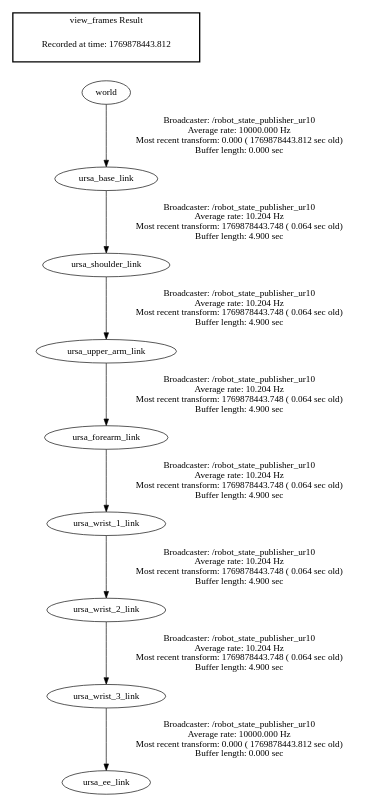
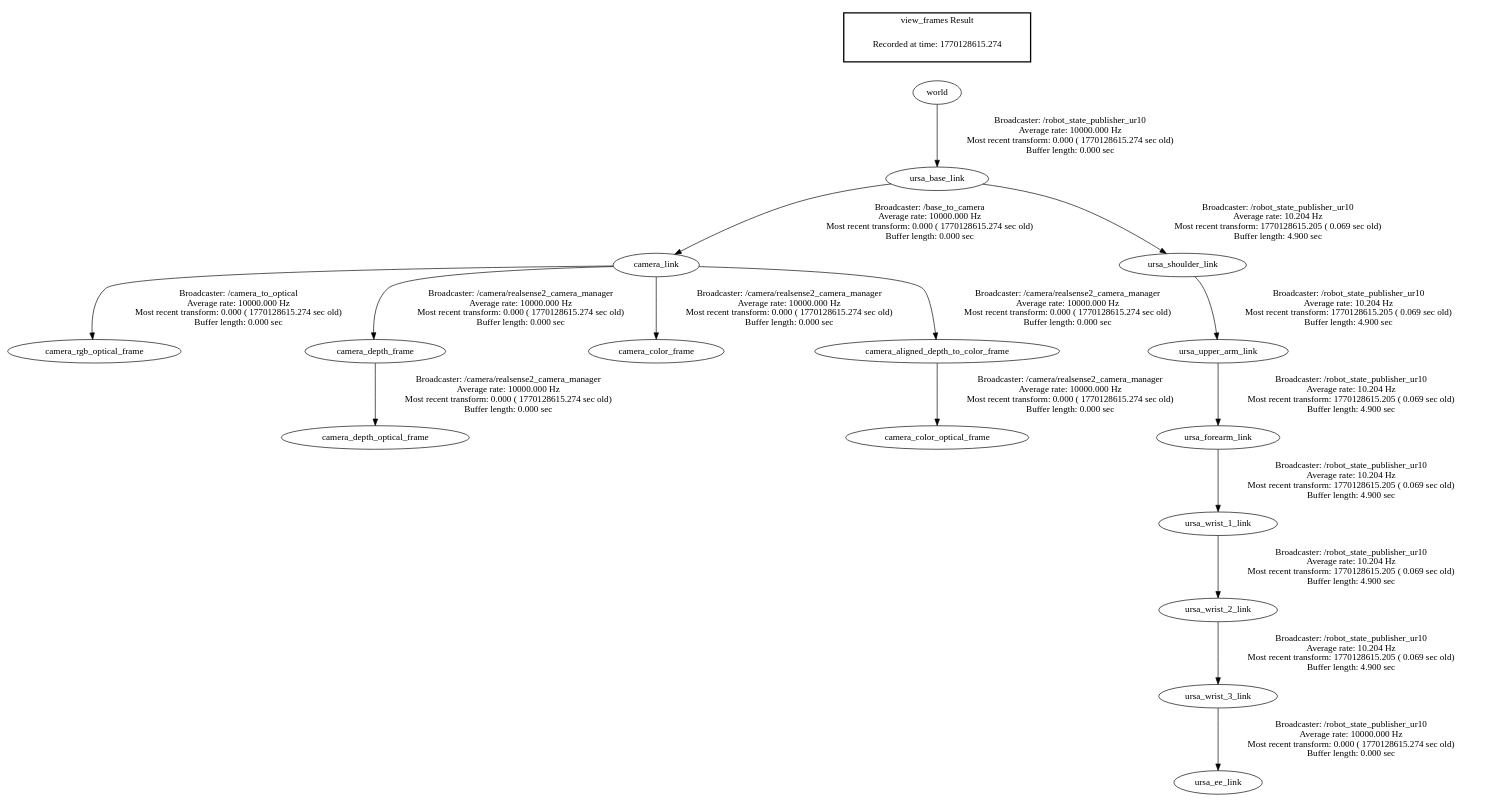
Before and after one commit to HJGrant/yolo-impedance-grasp: the diagram in frames.gv, drawn with Graphviz. The commit also changed 25 other files, not shown here.

```diff
--- a/frames.gv
+++ b/frames.gv
@@ -1,14 +1,21 @@
 digraph G {
-"ursa_wrist_3_link" -> "ursa_ee_link"[label="Broadcaster: /robot_state_publisher_ur10\nAverage rate: 10000.000 Hz\nMost recent transform: 0.000 ( 1769878443.812 sec old)\nBuffer length: 0.000 sec\n"];
-"ursa_wrist_2_link" -> "ursa_wrist_3_link"[label="Broadcaster: /robot_state_publisher_ur10\nAverage rate: 10.204 Hz\nMost recent transform: 1769878443.748 ( 0.064 sec old)\nBuffer length: 4.900 sec\n"];
-"world" -> "ursa_base_link"[label="Broadcaster: /robot_state_publisher_ur10\nAverage rate: 10000.000 Hz\nMost recent transform: 0.000 ( 1769878443.812 sec old)\nBuffer length: 0.000 sec\n"];
-"ursa_upper_arm_link" -> "ursa_forearm_link"[label="Broadcaster: /robot_state_publisher_ur10\nAverage rate: 10.204 Hz\nMost recent transform: 1769878443.748 ( 0.064 sec old)\nBuffer length: 4.900 sec\n"];
-"ursa_shoulder_link" -> "ursa_upper_arm_link"[label="Broadcaster: /robot_state_publisher_ur10\nAverage rate: 10.204 Hz\nMost recent transform: 1769878443.748 ( 0.064 sec old)\nBuffer length: 4.900 sec\n"];
-"ursa_base_link" -> "ursa_shoulder_link"[label="Broadcaster: /robot_state_publisher_ur10\nAverage rate: 10.204 Hz\nMost recent transform: 1769878443.748 ( 0.064 sec old)\nBuffer length: 4.900 sec\n"];
-"ursa_forearm_link" -> "ursa_wrist_1_link"[label="Broadcaster: /robot_state_publisher_ur10\nAverage rate: 10.204 Hz\nMost recent transform: 1769878443.748 ( 0.064 sec old)\nBuffer length: 4.900 sec\n"];
-"ursa_wrist_1_link" -> "ursa_wrist_2_link"[label="Broadcaster: /robot_state_publisher_ur10\nAverage rate: 10.204 Hz\nMost recent transform: 1769878443.748 ( 0.064 sec old)\nBuffer length: 4.900 sec\n"];
+"ursa_wrist_3_link" -> "ursa_ee_link"[label="Broadcaster: /robot_state_publisher_ur10\nAverage rate: 10000.000 Hz\nMost recent transform: 0.000 ( 1770128615.274 sec old)\nBuffer length: 0.000 sec\n"];
+"ursa_wrist_2_link" -> "ursa_wrist_3_link"[label="Broadcaster: /robot_state_publisher_ur10\nAverage rate: 10.204 Hz\nMost recent transform: 1770128615.205 ( 0.069 sec old)\nBuffer length: 4.900 sec\n"];
+"world" -> "ursa_base_link"[label="Broadcaster: /robot_state_publisher_ur10\nAverage rate: 10000.000 Hz\nMost recent transform: 0.000 ( 1770128615.274 sec old)\nBuffer length: 0.000 sec\n"];
+"camera_link" -> "camera_rgb_optical_frame"[label="Broadcaster: /camera_to_optical\nAverage rate: 10000.000 Hz\nMost recent transform: 0.000 ( 1770128615.274 sec old)\nBuffer length: 0.000 sec\n"];
+"ursa_base_link" -> "camera_link"[label="Broadcaster: /base_to_camera\nAverage rate: 10000.000 Hz\nMost recent transform: 0.000 ( 1770128615.274 sec old)\nBuffer length: 0.000 sec\n"];
+"camera_link" -> "camera_depth_frame"[label="Broadcaster: /camera/realsense2_camera_manager\nAverage rate: 10000.000 Hz\nMost recent transform: 0.000 ( 1770128615.274 sec old)\nBuffer length: 0.000 sec\n"];
+"camera_depth_frame" -> "camera_depth_optical_frame"[label="Broadcaster: /camera/realsense2_camera_manager\nAverage rate: 10000.000 Hz\nMost recent transform: 0.000 ( 1770128615.274 sec old)\nBuffer length: 0.000 sec\n"];
+"camera_link" -> "camera_color_frame"[label="Broadcaster: /camera/realsense2_camera_manager\nAverage rate: 10000.000 Hz\nMost recent transform: 0.000 ( 1770128615.274 sec old)\nBuffer length: 0.000 sec\n"];
+"camera_aligned_depth_to_color_frame" -> "camera_color_optical_frame"[label="Broadcaster: /camera/realsense2_camera_manager\nAverage rate: 10000.000 Hz\nMost recent transform: 0.000 ( 1770128615.274 sec old)\nBuffer length: 0.000 sec\n"];
+"camera_link" -> "camera_aligned_depth_to_color_frame"[label="Broadcaster: /camera/realsense2_camera_manager\nAverage rate: 10000.000 Hz\nMost recent transform: 0.000 ( 1770128615.274 sec old)\nBuffer length: 0.000 sec\n"];
+"ursa_upper_arm_link" -> "ursa_forearm_link"[label="Broadcaster: /robot_state_publisher_ur10\nAverage rate: 10.204 Hz\nMost recent transform: 1770128615.205 ( 0.069 sec old)\nBuffer length: 4.900 sec\n"];
+"ursa_shoulder_link" -> "ursa_upper_arm_link"[label="Broadcaster: /robot_state_publisher_ur10\nAverage rate: 10.204 Hz\nMost recent transform: 1770128615.205 ( 0.069 sec old)\nBuffer length: 4.900 sec\n"];
+"ursa_base_link" -> "ursa_shoulder_link"[label="Broadcaster: /robot_state_publisher_ur10\nAverage rate: 10.204 Hz\nMost recent transform: 1770128615.205 ( 0.069 sec old)\nBuffer length: 4.900 sec\n"];
+"ursa_forearm_link" -> "ursa_wrist_1_link"[label="Broadcaster: /robot_state_publisher_ur10\nAverage rate: 10.204 Hz\nMost recent transform: 1770128615.205 ( 0.069 sec old)\nBuffer length: 4.900 sec\n"];
+"ursa_wrist_1_link" -> "ursa_wrist_2_link"[label="Broadcaster: /robot_state_publisher_ur10\nAverage rate: 10.204 Hz\nMost recent transform: 1770128615.205 ( 0.069 sec old)\nBuffer length: 4.900 sec\n"];
 edge [style=invis];
  subgraph cluster_legend { style=bold; color=black; label ="view_frames Result";
-"Recorded at time: 1769878443.812"[ shape=plaintext ] ;
+"Recorded at time: 1770128615.274"[ shape=plaintext ] ;
  }->"world";
 }
```
